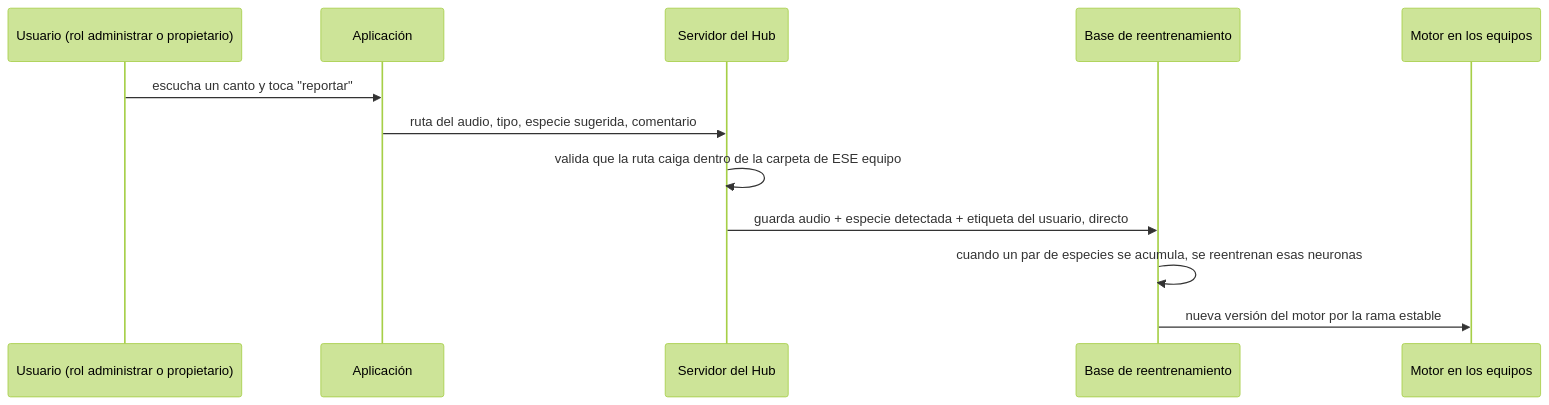
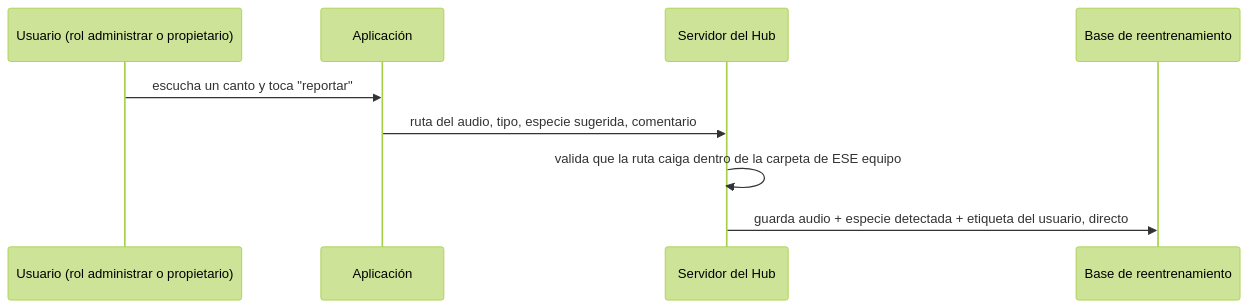
The fourth of 6 diagrams in 5_hub/README.md (LSDArroyoGold/LSD-Tector-2-Software), drawn with Mermaid (forest theme) before and after one commit. The commit also changed other lines of this file and 10 other files, not shown here.

````diff
--- a/5_hub/README.md
+++ b/5_hub/README.md
@@ -265,14 +265,11 @@
 ```mermaid
 sequenceDiagram
     participant U as Usuario (rol administrar o propietario)
     participant A as Aplicación
     participant H as Servidor del Hub
     participant B as Base de reentrenamiento
-    participant M as Motor en los equipos
     U->>A: escucha un canto y toca "reportar"
     A->>H: ruta del audio, tipo, especie sugerida, comentario
     H->>H: valida que la ruta caiga dentro de la carpeta de ESE equipo
     H->>B: guarda audio + especie detectada + etiqueta del usuario, directo
-    B->>B: cuando un par de especies se acumula, se reentrenan esas neuronas
-    B->>M: nueva versión del motor por la rama estable
 ```
````
